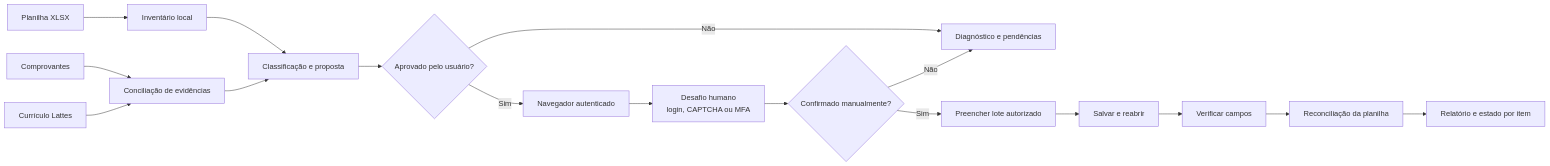
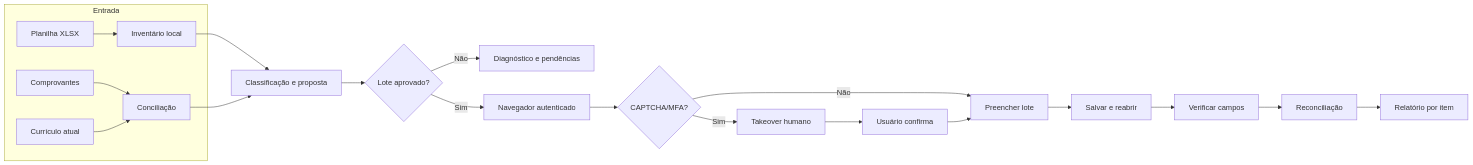
One commit to cleybersilva/skill-lattes changed the first of 2 diagrams in README.md. Above: the diagram before and after it, drawn with Mermaid. The commit also changed other lines of this file and 2 other files, not shown here.

Commit message:
Reformat README and add animated CAPTCHA demo

````diff
--- a/README.md
+++ b/README.md
@@ -118,19 +68,22 @@
 ```mermaid
 flowchart LR
-    A[Planilha XLSX] --> D[Inventário local]
-    B[Comprovantes] --> C[Conciliação de evidências]
-    E[Currículo Lattes] --> C
-    D --> F[Classificação e proposta]
-    C --> F
-    F --> G{Aprovado pelo usuário?}
-    G -->|Não| H[Diagnóstico e pendências]
-    G -->|Sim| I[Navegador autenticado]
-    I --> J[Desafio humano\nlogin, CAPTCHA ou MFA]
-    J --> K{Confirmado manualmente?}
-    K -->|Não| H
-    K -->|Sim| L[Preencher lote autorizado]
-    L --> M[Salvar e reabrir]
-    M --> N[Verificar campos]
-    N --> O[Reconciliação da planilha]
-    O --> P[Relatório e estado por item]
+  subgraph Entrada
+    X[Planilha XLSX] --> I[Inventário local]
+    C[Comprovantes] --> V[Conciliação]
+    L[Currículo atual] --> V
+  end
+  I --> P[Classificação e proposta]
+  V --> P
+  P --> A{Lote aprovado?}
+  A -->|Não| R[Diagnóstico e pendências]
+  A -->|Sim| B[Navegador autenticado]
+  B --> D{CAPTCHA/MFA?}
+  D -->|Não| S[Preencher lote]
+  D -->|Sim| H[Takeover humano]
+  H --> T[Usuário confirma]
+  T --> S
+  S --> O[Salvar e reabrir]
+  O --> Q[Verificar campos]
+  Q --> E[Reconciliação]
+  E --> R2[Relatório por item]
 ```
````
